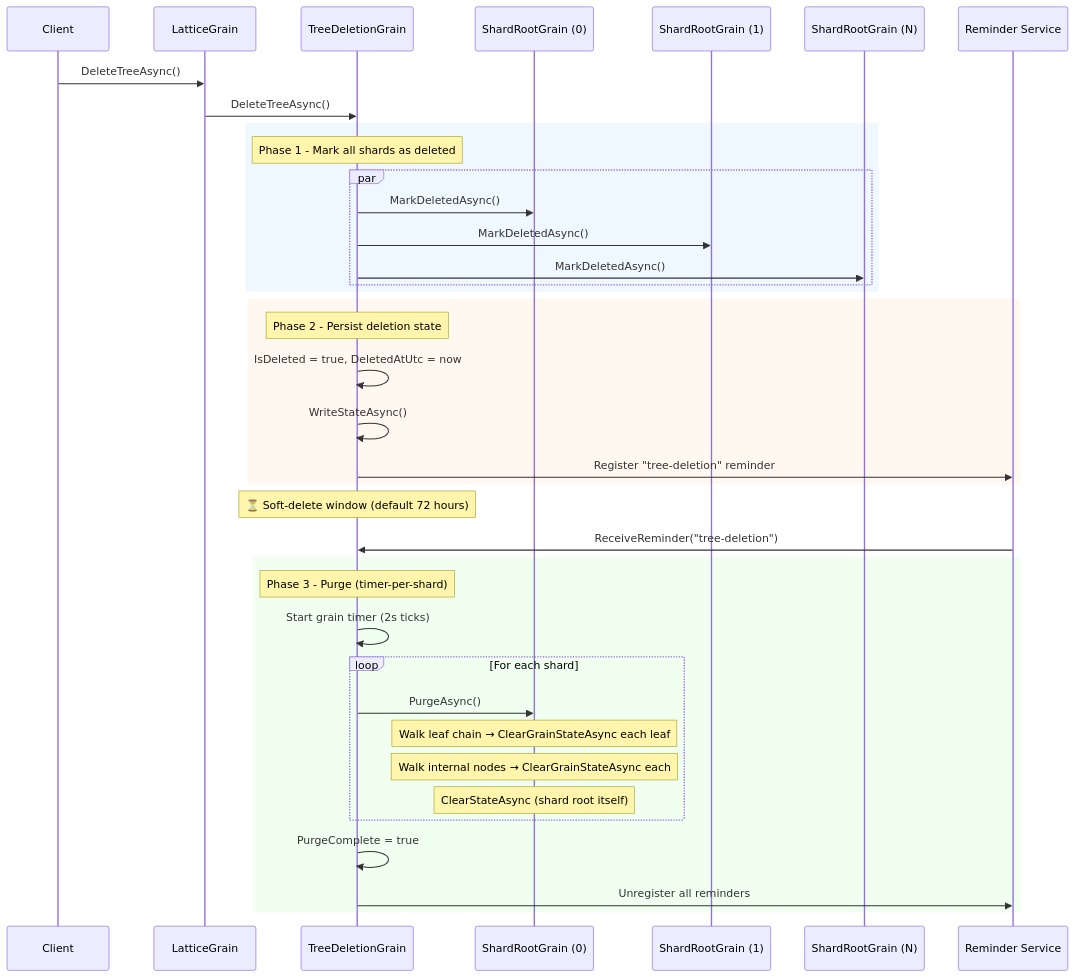
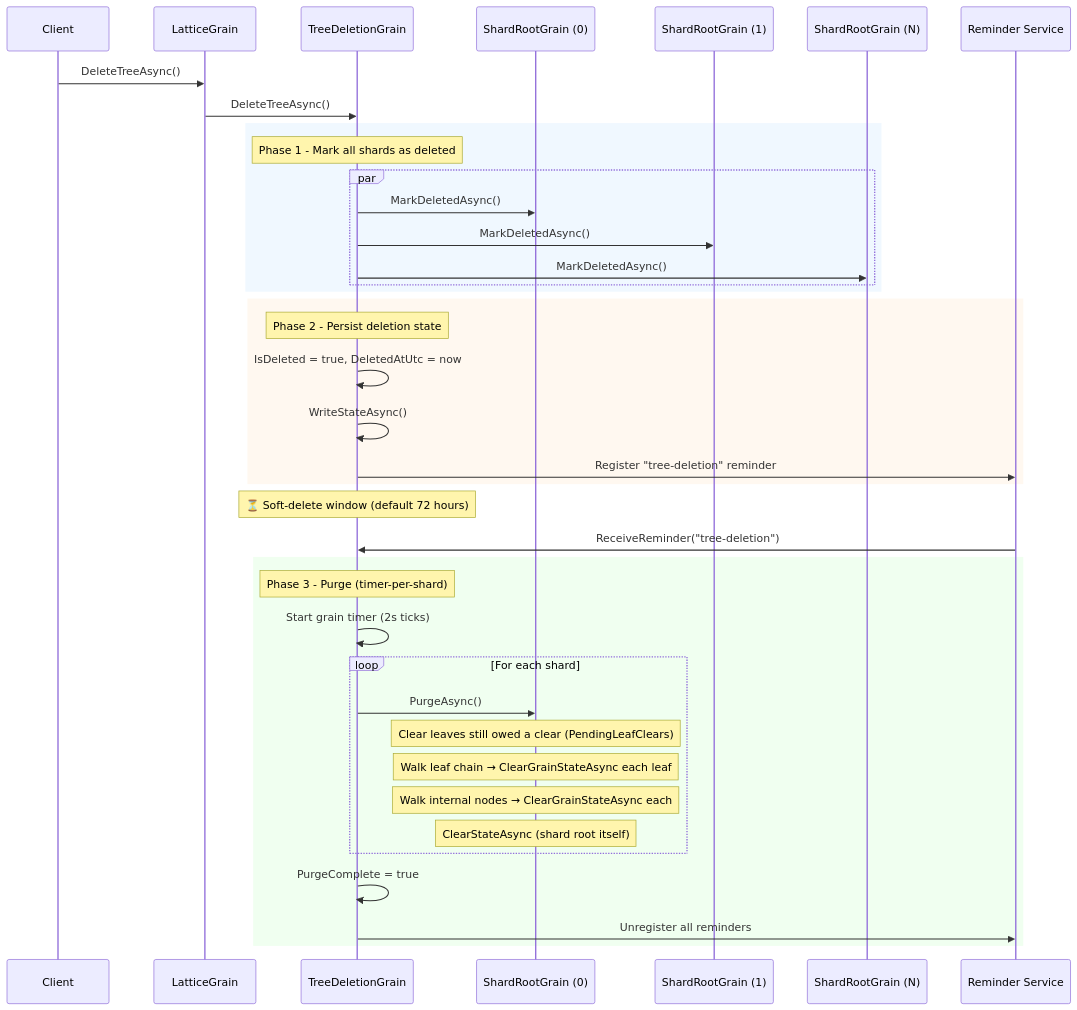
Before and after one commit to NSTA1/Orleans.Lattice: the diagram in docs/lattice/tree-deletion.md, drawn with Mermaid. The commit also changed other lines of this file and 13 other files, not shown here.

First line of the commit message:
fix(lattice): durably retry a failed clear of a removed leaf's grain state

````diff
--- a/docs/lattice/tree-deletion.md
+++ b/docs/lattice/tree-deletion.md
@@ -18,46 +18,47 @@
 ```mermaid
 sequenceDiagram
     participant Client
     participant L as LatticeGrain
     participant D as TreeDeletionGrain
     participant S0 as ShardRootGrain (0)
     participant S1 as ShardRootGrain (1)
     participant SN as ShardRootGrain (N)
     participant R as Reminder Service
 
     Client->>L: DeleteTreeAsync()
     L->>D: DeleteTreeAsync()
 
     rect rgb(240, 248, 255)
     Note over D: Phase 1 - Mark all shards as deleted
     par
         D->>S0: MarkDeletedAsync()
         D->>S1: MarkDeletedAsync()
         D->>SN: MarkDeletedAsync()
     end
     end
 
     rect rgb(255, 248, 240)
     Note over D: Phase 2 - Persist deletion state
     D->>D: IsDeleted = true, DeletedAtUtc = now
     D->>D: WriteStateAsync()
     D->>R: Register "tree-deletion" reminder
     end
 
     Note over D: ⏳ Soft-delete window (default 72 hours)
 
     R->>D: ReceiveReminder("tree-deletion")
 
     rect rgb(240, 255, 240)
     Note over D: Phase 3 - Purge (timer-per-shard)
     D->>D: Start grain timer (2s ticks)
     loop For each shard
         D->>S0: PurgeAsync()
+        Note over S0: Clear leaves still owed a clear (PendingLeafClears)
         Note over S0: Walk leaf chain → ClearGrainStateAsync each leaf
         Note over S0: Walk internal nodes → ClearGrainStateAsync each
         Note over S0: ClearStateAsync (shard root itself)
     end
     D->>D: PurgeComplete = true
     D->>R: Unregister all reminders
     end
 ```
````
